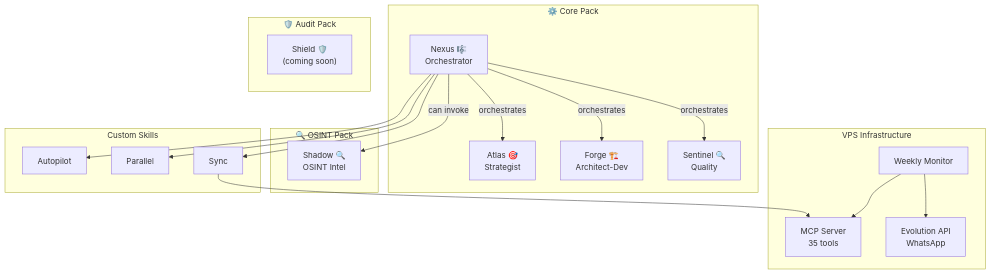
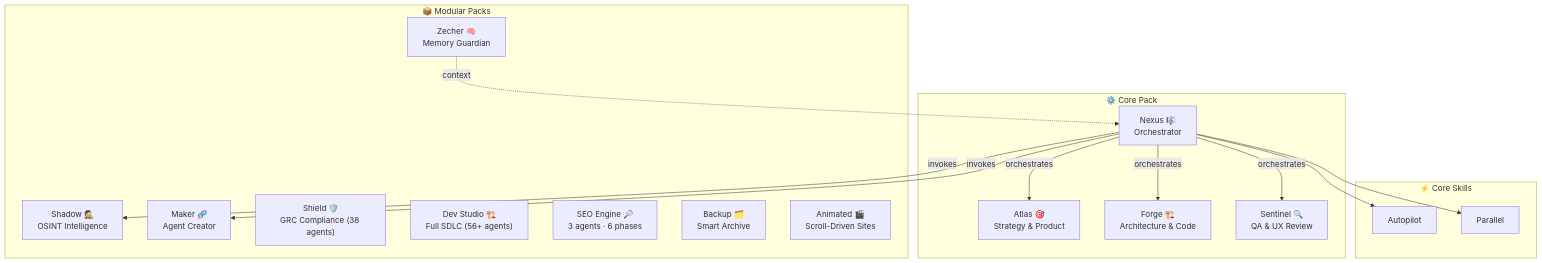
Before and after one commit to lrochetta/BMAD-PLUS: the diagram in README.md, drawn with Mermaid. The commit also changed other lines of this file and 4 other files, not shown here.

Commit message:
docs: fix all obsolete content — 56+ agents, complete 9-pack tables, updated diagrams (EN/FR/ES/DE/DIST)

````diff
--- a/README.md
+++ b/README.md
@@ -252,42 +252,34 @@
 ```mermaid
 graph TB
     subgraph Core["⚙️ Core Pack"]
-        AT[Atlas 🎯<br/>Strategist]
-        FG[Forge 🏗️<br/>Architect-Dev]
-        SN[Sentinel 🔍<br/>Quality]
-        NX[Nexus 🎼<br/>Orchestrator]
+        AT["Atlas 🎯<br/>Strategy & Product"]
+        FG["Forge 🏗️<br/>Architecture & Code"]
+        SN["Sentinel 🔍<br/>QA & UX Review"]
+        NX["Nexus 🎼<br/>Orchestrator"]
     end
 
-    subgraph OSINT["🔍 OSINT Pack"]
-        SH[Shadow 🔍<br/>OSINT Intel]
+    subgraph Packs["📦 Modular Packs"]
+        SH["Shadow 🕵️<br/>OSINT Intelligence"]
+        MK["Maker 🧬<br/>Agent Creator"]
+        ZC["Zecher 🧠<br/>Memory Guardian"]
+        SD["Shield 🛡️<br/>GRC Compliance (38 agents)"]
+        DS["Dev Studio 🏗️<br/>Full SDLC (56+ agents)"]
+        SEO["SEO Engine 🔎<br/>3 agents · 6 phases"]
+        BK["Backup 🗂️<br/>Smart Archive"]
+        AN["Animated 🎬<br/>Scroll-Driven Sites"]
     end
 
-    subgraph Audit["🛡️ Audit Pack"]
-        SD["Shield 🛡️<br/>(coming soon)"]
+    subgraph Skills["⚡ Core Skills"]
+        AP[Autopilot]
+        PL[Parallel]
     end
 
     NX -->|orchestrates| AT
     NX -->|orchestrates| FG
     NX -->|orchestrates| SN
-    NX -->|can invoke| SH
-
-    subgraph Skills["Custom Skills"]
-        AP[Autopilot]
-        PL[Parallel]
-        SY[Sync]
-    end
-
+    NX -->|invokes| SH
+    NX -->|invokes| MK
     NX --> AP
     NX --> PL
-    NX --> SY
-
-    subgraph VPS["VPS Infrastructure"]
-        MCP[MCP Server<br/>35 tools]
-        EVO[Evolution API<br/>WhatsApp]
-        MON[Weekly Monitor]
-    end
-
-    SY --> MCP
-    MON --> EVO
-    MON --> MCP
+    ZC -.->|context| NX
 ```
````
